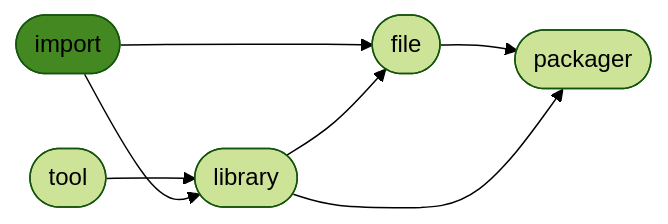
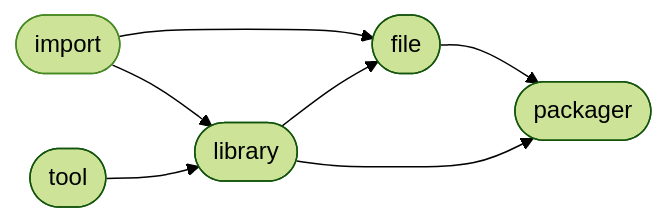
Before and after one commit to ManderaGeneral/generalimport: the diagram in README.md, drawn with Mermaid (forest theme). The commit also changed other lines of this file, not shown here.

````diff
--- a/README.md
+++ b/README.md
@@ -28,15 +28,15 @@
 ```mermaid
 flowchart LR
 0([import]) --> 3([file])
+0([import]) --> 2([library])
+1([tool]) --> 2([library])
 3([file]) --> 4([packager])
-1([tool]) --> 2([library])
-0([import]) --> 2([library])
 2([library]) --> 4([packager])
 2([library]) --> 3([file])
 click 0 "https://github.com/ManderaGeneral/generalimport"
 click 1 "https://github.com/ManderaGeneral/generaltool"
 click 2 "https://github.com/ManderaGeneral/generallibrary"
 click 3 "https://github.com/ManderaGeneral/generalfile"
 click 4 "https://github.com/ManderaGeneral/generalpackager"
-style 0 fill:#482
+style 0 stroke:#482
 ```
````
